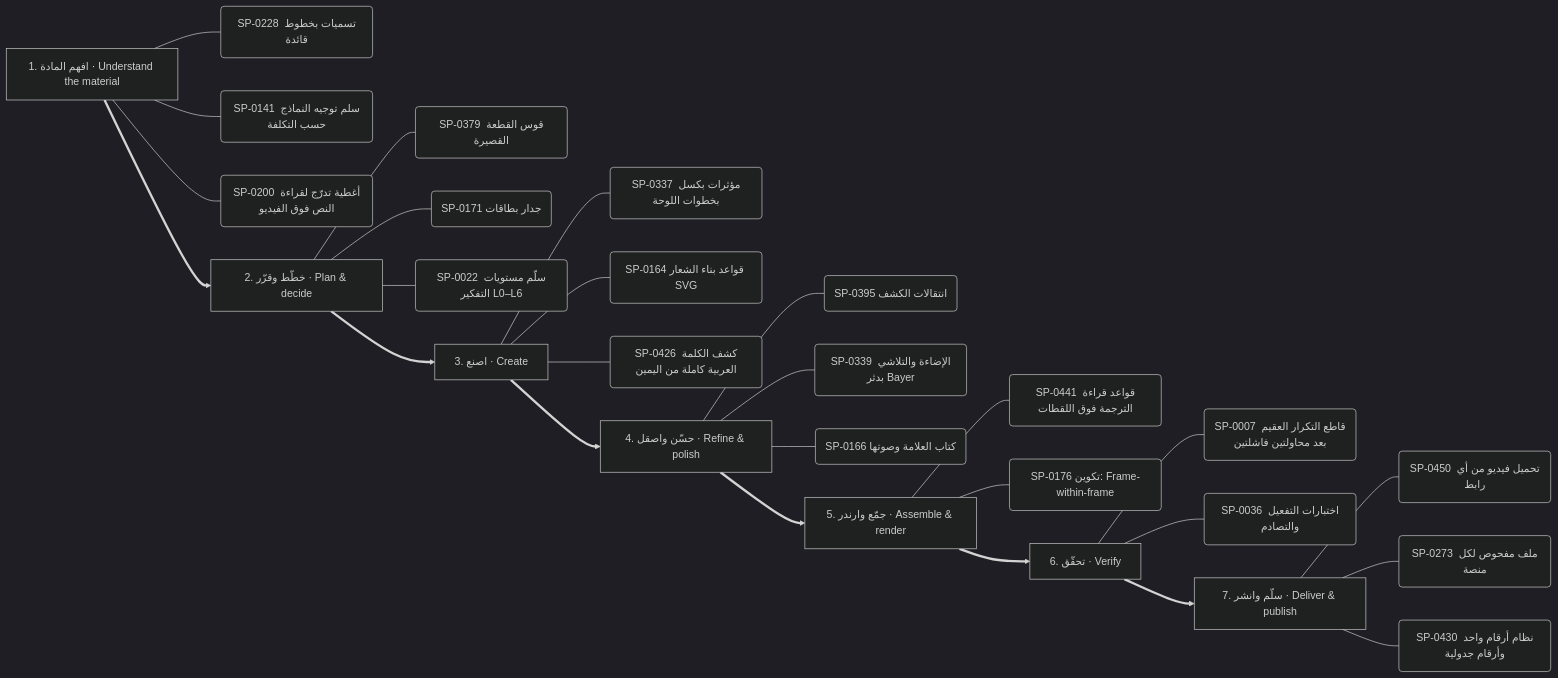
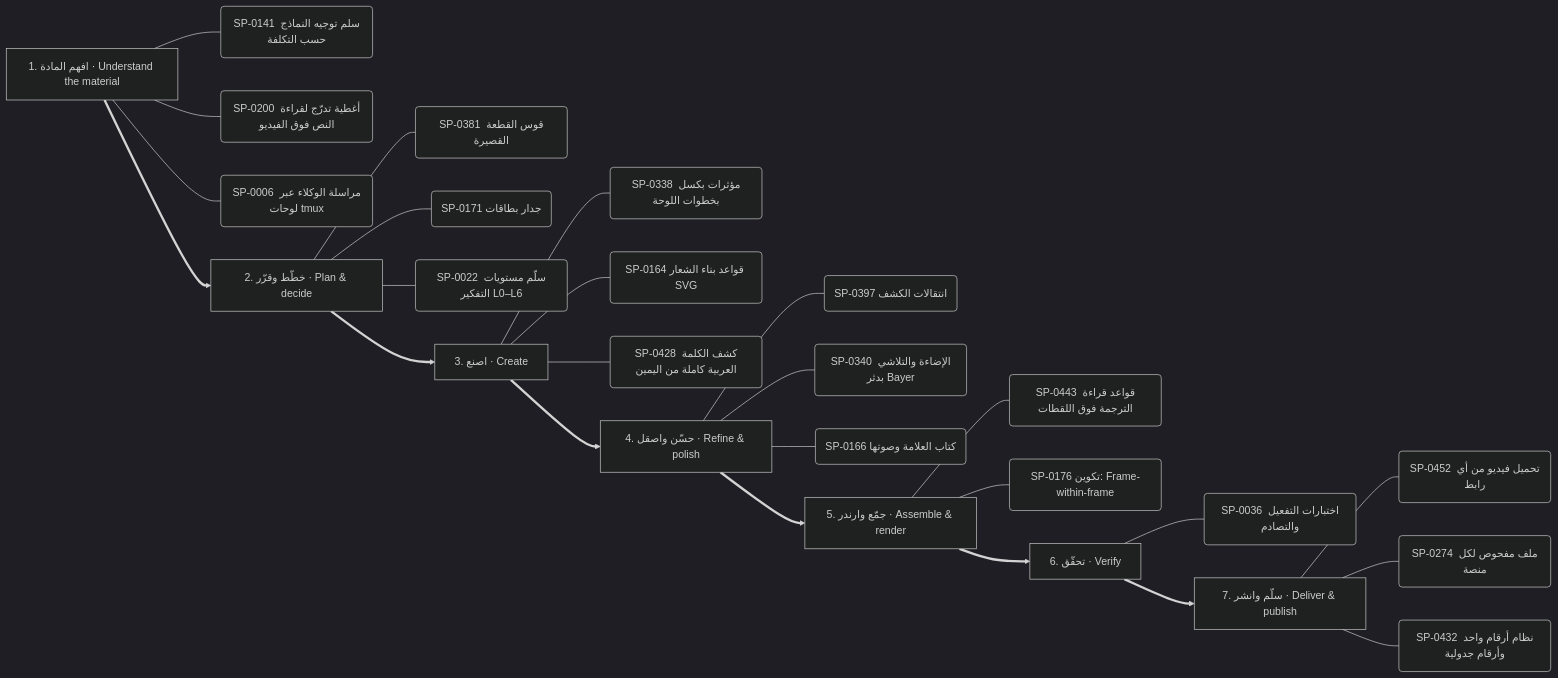
One commit to kosif199022-jpg/kosif-tool changed the sixth of 13 diagrams in .claude/skills/kosif-superpowers/references/capability-mindmap.md. Above: the diagram before and after it, drawn with Mermaid (dark theme). The commit also changed other lines of this file and 35 other files, not shown here.

````diff
--- a/.claude/skills/kosif-superpowers/references/capability-mindmap.md
+++ b/.claude/skills/kosif-superpowers/references/capability-mindmap.md
@@ -313,35 +313,34 @@
 ```mermaid
 flowchart LR
   S0["1. افهم المادة · Understand the material"]
-  S0 --- S0_0("SP-0228 تسميات بخطوط قائدة")
-  S0 --- S0_1("SP-0141 سلم توجيه النماذج حسب التكلفة")
-  S0 --- S0_2("SP-0200 أغطية تدرّج لقراءة النص فوق الفيديو")
+  S0 --- S0_0("SP-0141 سلم توجيه النماذج حسب التكلفة")
+  S0 --- S0_1("SP-0200 أغطية تدرّج لقراءة النص فوق الفيديو")
+  S0 --- S0_2("SP-0006 مراسلة الوكلاء عبر لوحات tmux")
   S1["2. خطّط وقرّر · Plan & decide"]
-  S1 --- S1_0("SP-0379 قوس القطعة القصيرة")
+  S1 --- S1_0("SP-0381 قوس القطعة القصيرة")
   S1 --- S1_1("SP-0171 جدار بطاقات")
   S1 --- S1_2("SP-0022 سلّم مستويات التفكير L0–L6")
   S0 ==> S1
   S2["3. اصنع · Create"]
-  S2 --- S2_0("SP-0337 مؤثرات بكسل بخطوات اللوحة")
+  S2 --- S2_0("SP-0338 مؤثرات بكسل بخطوات اللوحة")
   S2 --- S2_1("SP-0164 قواعد بناء الشعار SVG")
-  S2 --- S2_2("SP-0426 كشف الكلمة العربية كاملة من اليمين")
+  S2 --- S2_2("SP-0428 كشف الكلمة العربية كاملة من اليمين")
   S1 ==> S2
   S3["4. حسّن واصقل · Refine & polish"]
-  S3 --- S3_0("SP-0395 انتقالات الكشف")
-  S3 --- S3_1("SP-0339 الإضاءة والتلاشي بدثر Bayer")
+  S3 --- S3_0("SP-0397 انتقالات الكشف")
+  S3 --- S3_1("SP-0340 الإضاءة والتلاشي بدثر Bayer")
   S3 --- S3_2("SP-0166 كتاب العلامة وصوتها")
   S2 ==> S3
   S4["5. جمّع وارندر · Assemble & render"]
-  S4 --- S4_0("SP-0441 قواعد قراءة الترجمة فوق اللقطات")
+  S4 --- S4_0("SP-0443 قواعد قراءة الترجمة فوق اللقطات")
   S4 --- S4_1("SP-0176 تكوين: Frame-within-frame")
   S3 ==> S4
   S5["6. تحقّق · Verify"]
-  S5 --- S5_0("SP-0007 قاطع التكرار العقيم بعد محاولتين فاشلتين")
-  S5 --- S5_1("SP-0036 اختبارات التفعيل والتصادم")
+  S5 --- S5_0("SP-0036 اختبارات التفعيل والتصادم")
   S4 ==> S5
   S6["7. سلّم وانشر · Deliver & publish"]
-  S6 --- S6_0("SP-0450 تحميل فيديو من أي رابط")
-  S6 --- S6_1("SP-0273 ملف مفحوص لكل منصة")
-  S6 --- S6_2("SP-0430 نظام أرقام واحد وأرقام جدولية")
+  S6 --- S6_0("SP-0452 تحميل فيديو من أي رابط")
+  S6 --- S6_1("SP-0274 ملف مفحوص لكل منصة")
+  S6 --- S6_2("SP-0432 نظام أرقام واحد وأرقام جدولية")
   S5 ==> S6
 ```
````
